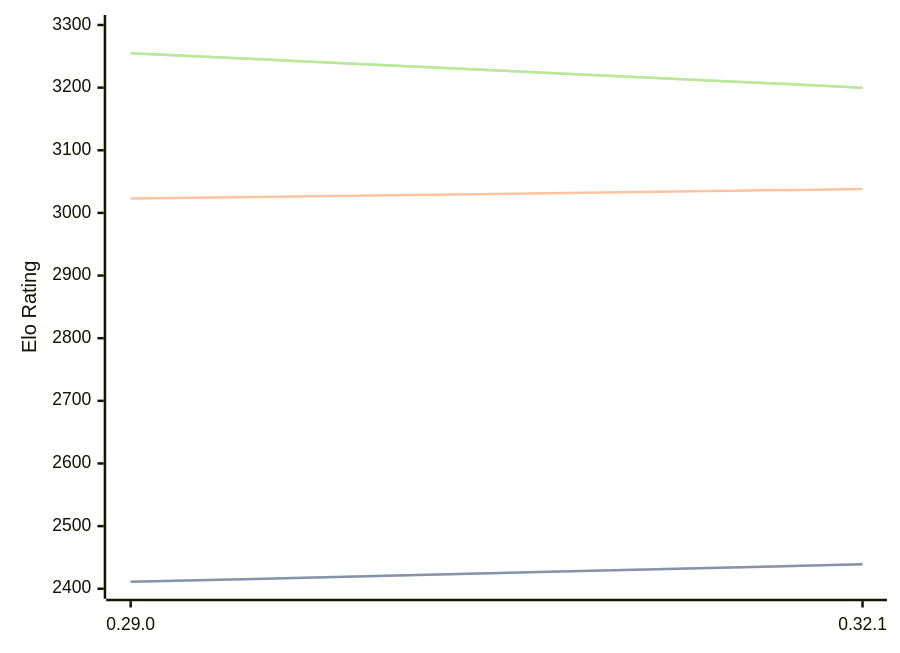
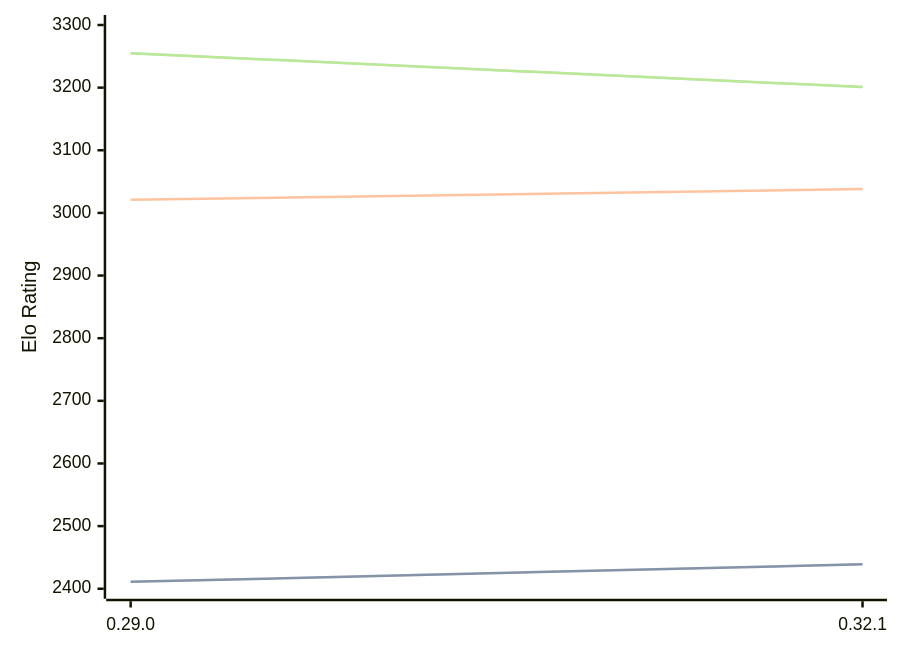
One commit to computer-chess-index/cci changed the diagram in engines/Lc0.md. Above: the diagram before and after it, drawn with Mermaid. The commit also changed other lines of this file, not shown here.

Commit message:
Update CCI Ratings (ELO VLTC) - 2026-04-08

````diff
--- a/engines/Lc0.md
+++ b/engines/Lc0.md
@@ -68,11 +68,11 @@
 ```mermaid
 %%{init: {"theme":"base","themeVariables":{"seriesColors:['#a3a3a3','#222221','#faa371']}}}%%
 xychart-beta
   x-axis ["0.29.0", "0.32.1"]
   y-axis "Elo Rating" 2400 --> 3300
   line "STC (8.0+0.08s)" [2411, 2439]
   line "STC (8.0+0.08s)" [2411, 2439]
-  line "LTC (60.0+0.60s)" [3023, 3038]
-  line "VLTC (2m24s+1.12s)" [3255, 3200]
-  line "VLTC (2m24s+1.12s)" [3255, 3200]
+  line "LTC (60.0+0.60s)" [3021, 3038]
+  line "VLTC (2m24s+1.12s)" [3255, 3201]
+  line "VLTC (2m24s+1.12s)" [3255, 3201]
 ```
````
